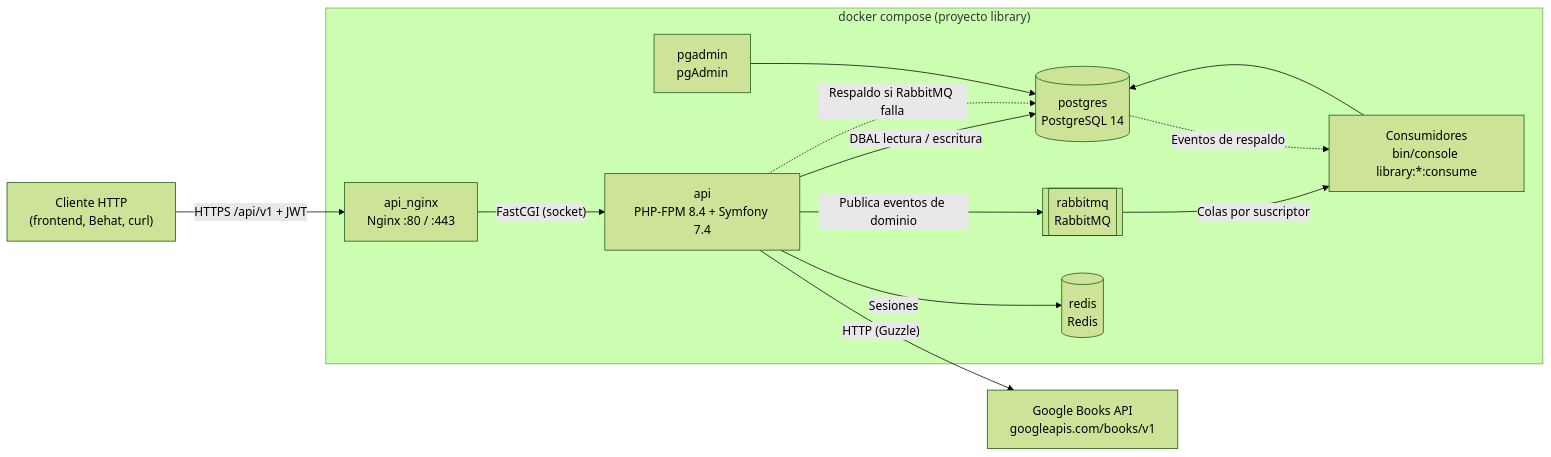
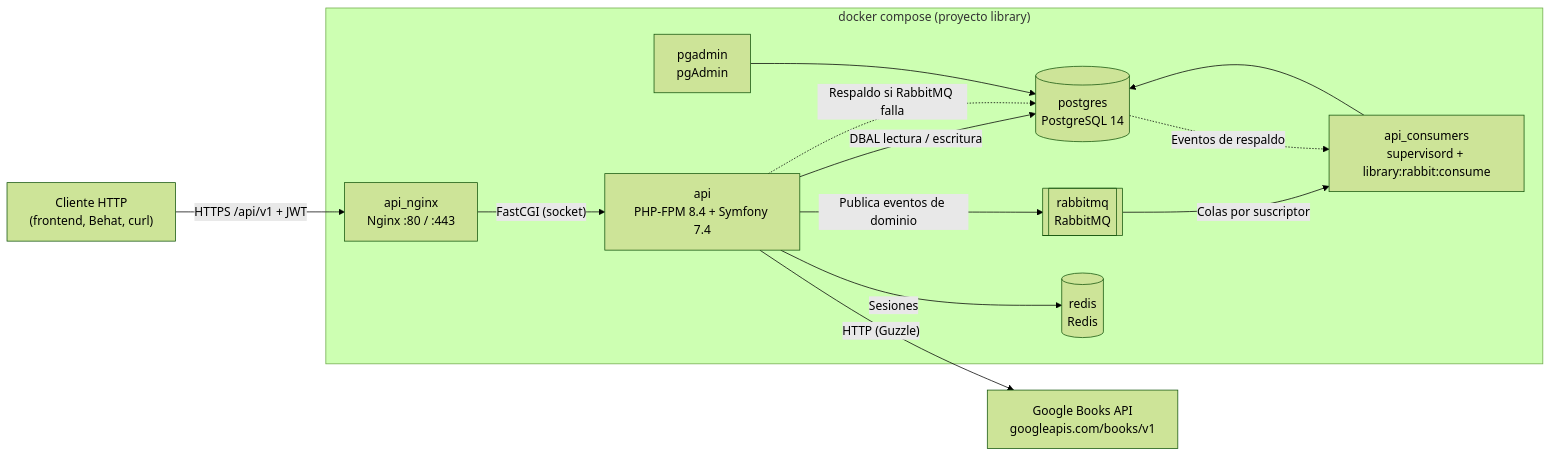
Before and after one commit to colybri/library: the diagram in apps/api/README.md, drawn with Mermaid (forest theme). The commit also changed other lines of this file and 10 other files, not shown here.

First line of the commit message:
Run the RabbitMQ consumers in their own api_consumers container

````diff
--- a/apps/api/README.md
+++ b/apps/api/README.md
@@ -30,28 +30,28 @@
 ```mermaid
 flowchart LR
     client["Cliente HTTP<br/>(frontend, Behat, curl)"]
 
     subgraph docker["docker compose (proyecto library)"]
         nginx["api_nginx<br/>Nginx :80 / :443"]
         php["api<br/>PHP-FPM 8.4 + Symfony 7.4"]
-        consumers["Consumidores<br/>bin/console library:*:consume"]
+        consumers["api_consumers<br/>supervisord + library:rabbit:consume"]
         postgres[("postgres<br/>PostgreSQL 14")]
         rabbit[["rabbitmq<br/>RabbitMQ"]]
         redis[("redis<br/>Redis")]
         pgadmin["pgadmin<br/>pgAdmin"]
     end
 
     google["Google Books API<br/>googleapis.com/books/v1"]
 
     client -->|"HTTPS /api/v1 + JWT"| nginx
     nginx -->|"FastCGI (socket)"| php
     php -->|"DBAL lectura / escritura"| postgres
     php -->|"Publica eventos de dominio"| rabbit
     php -.->|"Respaldo si RabbitMQ falla"| postgres
     php -->|"Sesiones"| redis
     php -->|"HTTP (Guzzle)"| google
     rabbit -->|"Colas por suscriptor"| consumers
     postgres -.->|"Eventos de respaldo"| consumers
     consumers --> postgres
     pgadmin --> postgres
 ```
````
